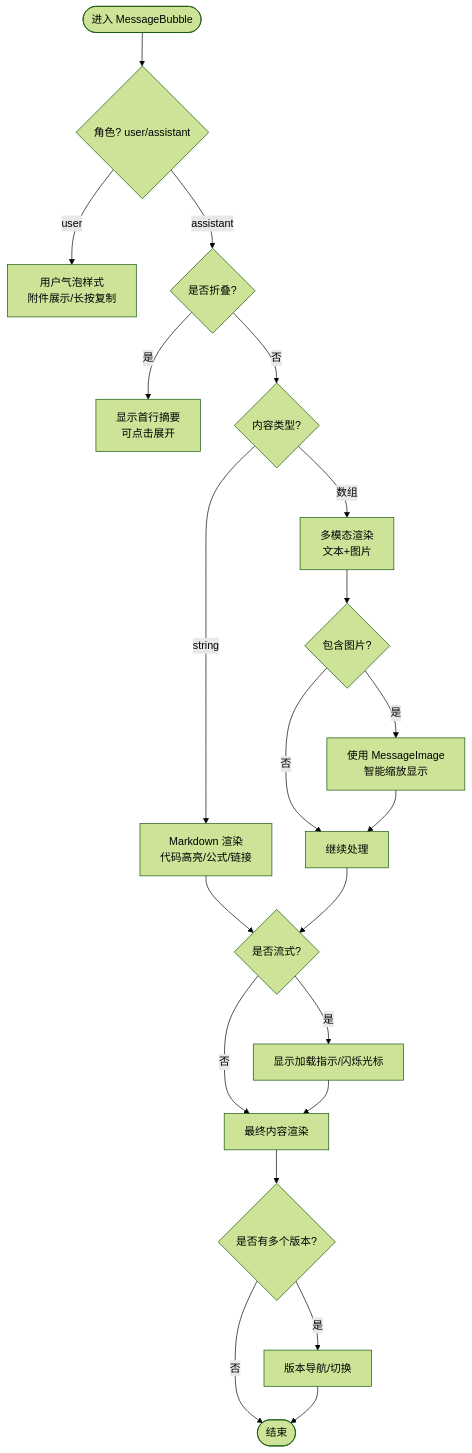
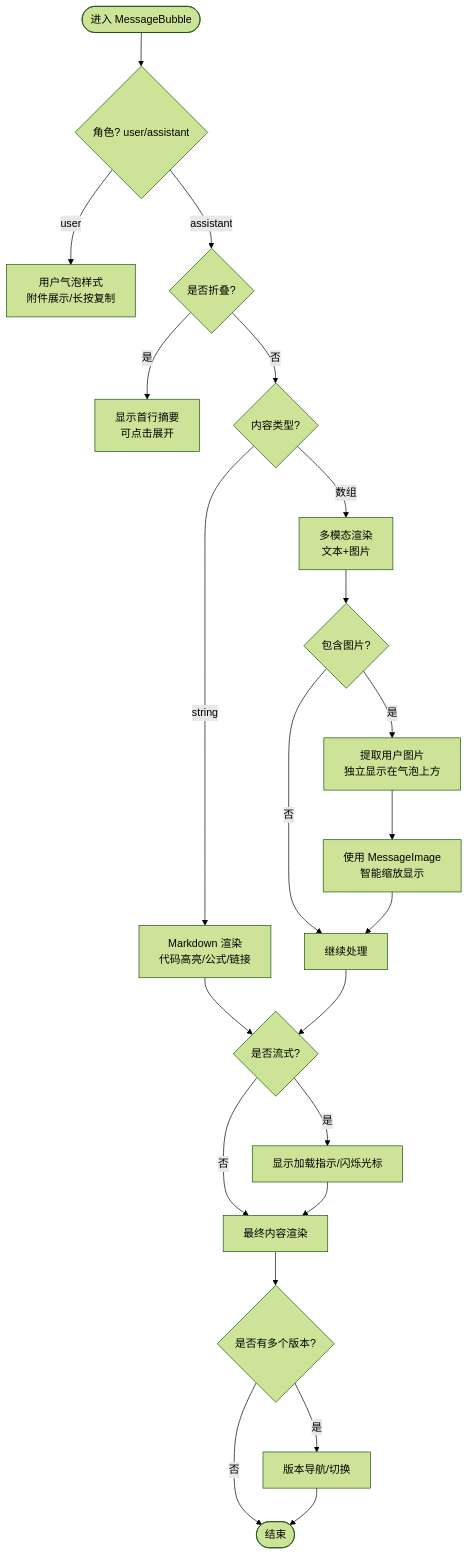
One commit to billye220670/AIShop changed the fifth of 9 diagrams in .qoder/repowiki/zh/content/架构设计/组件架构设计/功能面板组件/聊天面板组件/消息渲染系统.md. Above: the diagram before and after it, drawn with Mermaid (forest theme). The commit also changed other lines of this file and 40 other files, not shown here.

````diff
--- a/.qoder/repowiki/zh/content/架构设计/组件架构设计/功能面板组件/聊天面板组件/消息渲染系统.md
+++ b/.qoder/repowiki/zh/content/架构设计/组件架构设计/功能面板组件/聊天面板组件/消息渲染系统.md
@@ -262,23 +356,24 @@
 ```mermaid
 flowchart TD
 Start(["进入 MessageBubble"]) --> Role{"角色? user/assistant"}
 Role --> |user| UserUI["用户气泡样式<br/>附件展示/长按复制"]
 Role --> |assistant| Mode{"是否折叠?"}
 Mode --> |是| Folded["显示首行摘要<br/>可点击展开"]
 Mode --> |否| Content{"内容类型?"}
 Content --> |string| MD["Markdown 渲染<br/>代码高亮/公式/链接"]
 Content --> |数组| Multi["多模态渲染<br/>文本+图片"]
 Multi --> ImageCheck{"包含图片?"}
-ImageCheck --> |是| UseMI["使用 MessageImage<br/>智能缩放显示"]
+ImageCheck --> |是| ExtractImages["提取用户图片<br/>独立显示在气泡上方"]
+ExtractImages --> UseMI["使用 MessageImage<br/>智能缩放显示"]
 ImageCheck --> |否| Continue["继续处理"]
 UseMI --> Continue
 MD --> Stream{"是否流式?"}
 Continue --> Stream
 Stream --> |是| Load["显示加载指示/闪烁光标"]
 Stream --> |否| Final["最终内容渲染"]
 Load --> Final
 Final --> Versions{"是否有多个版本?"}
 Versions --> |是| Nav["版本导航/切换"]
 Versions --> |否| End(["结束"])
 Nav --> End
 ```
````
